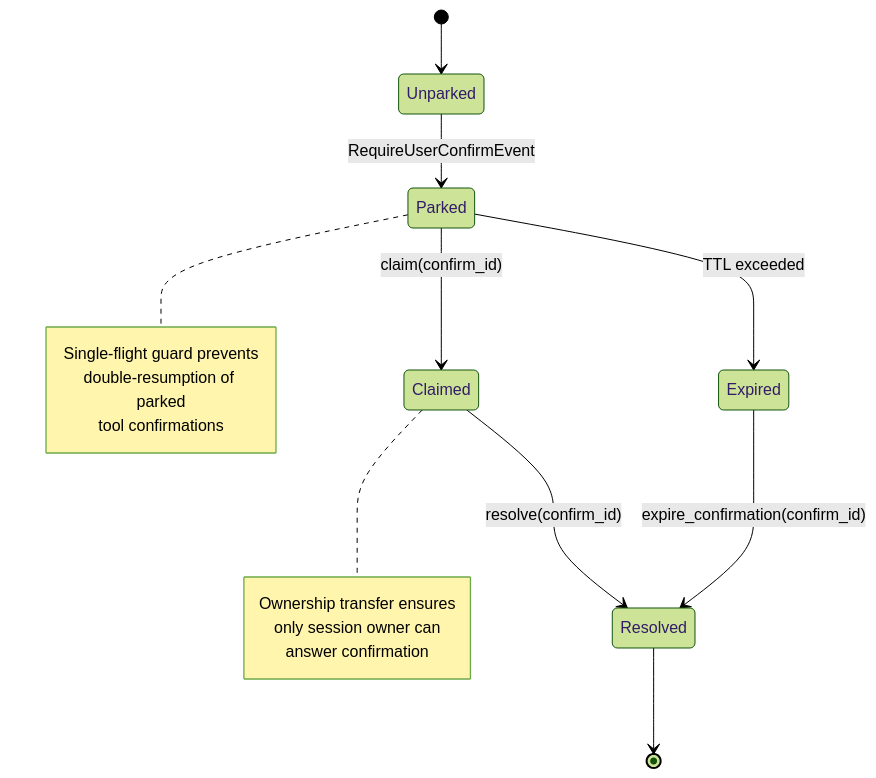
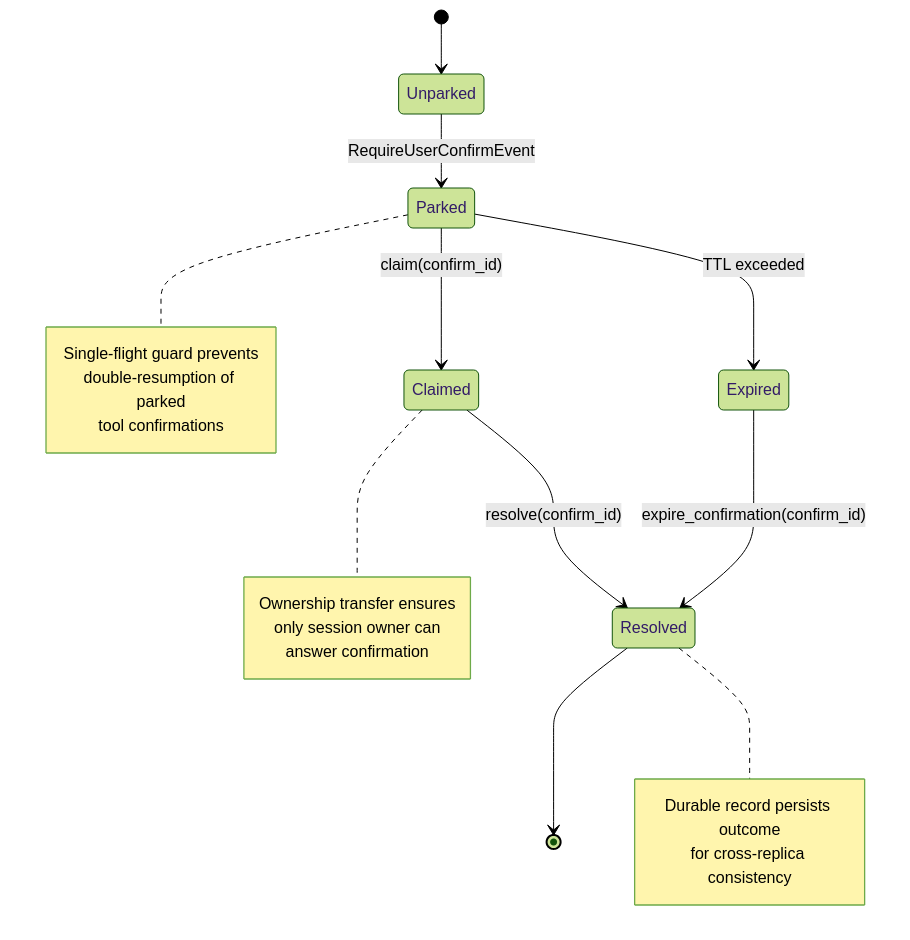
Before and after one commit to metasync/luban-aiops: diagram 13 of 32 in .qoder/repowiki/en/content/Agent Platform Service/Agent Platform Service.md, drawn with Mermaid (forest theme). The commit also changed other lines of this file and 6 other files, not shown here.

````diff
--- a/.qoder/repowiki/en/content/Agent Platform Service/Agent Platform Service.md
+++ b/.qoder/repowiki/en/content/Agent Platform Service/Agent Platform Service.md
@@ -776,20 +894,24 @@
 ```mermaid
 stateDiagram-v2
 [*] --> Unparked
 Unparked --> Parked : RequireUserConfirmEvent
 Parked --> Claimed : claim(confirm_id)
 Claimed --> Resolved : resolve(confirm_id)
 Parked --> Expired : TTL exceeded
 Expired --> Resolved : expire_confirmation(confirm_id)
 Resolved --> [*]
 note right of Parked
 Single-flight guard prevents
 double-resumption of parked
 tool confirmations
 end note
 note right of Claimed
 Ownership transfer ensures
 only session owner can
 answer confirmation
 end note
+note right of Resolved
+Durable record persists outcome
+for cross-replica consistency
+end note
 ```
````
